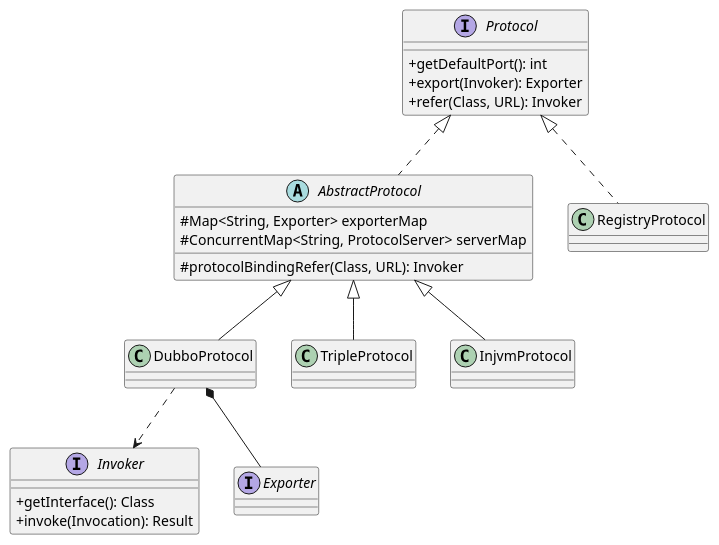
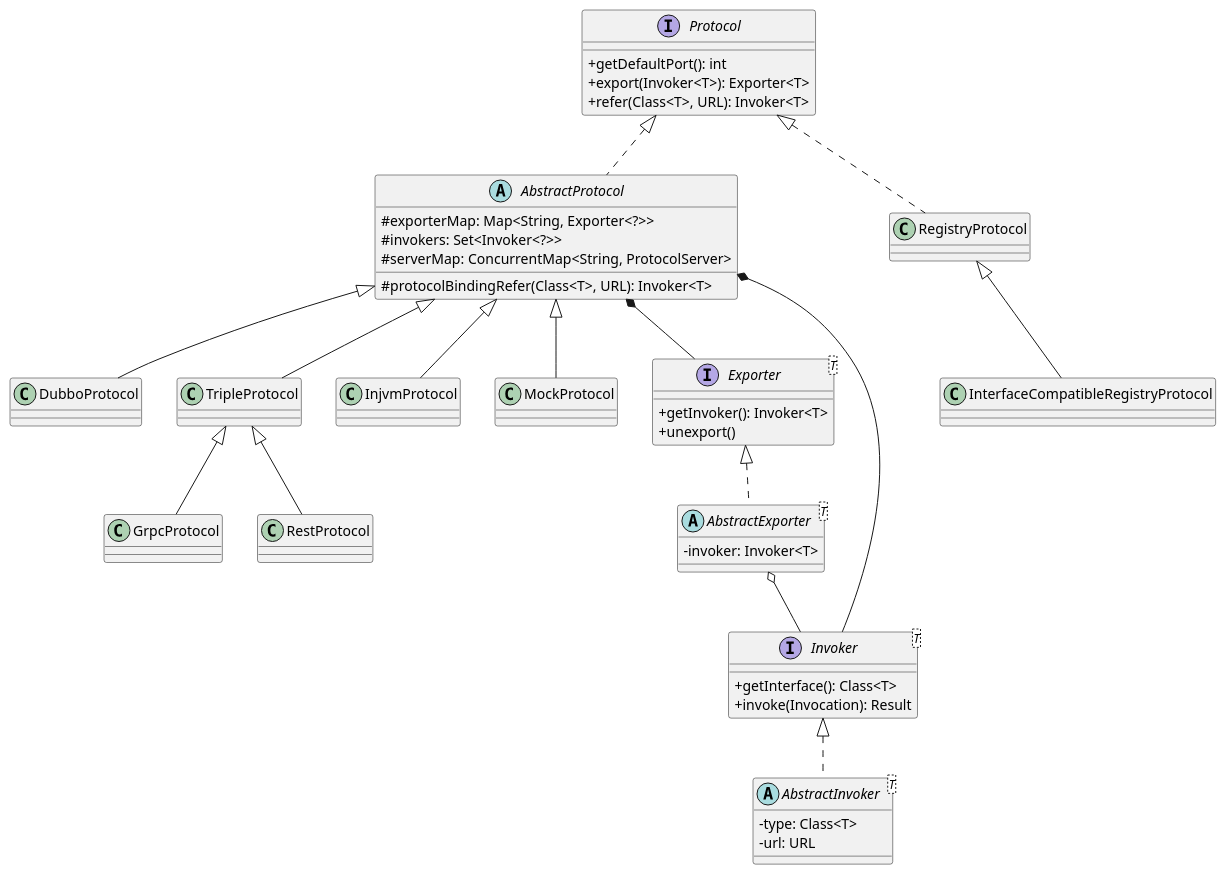
Before and after one commit to kevinwang930/kevinwang930.github.io: the second of 14 diagrams in content/post/network/dubbo/index.md, drawn with PlantUML. The commit also changed other lines of this file, not shown here.

````diff
--- a/content/post/network/dubbo/index.md
+++ b/content/post/network/dubbo/index.md
@@ -398,30 +496,47 @@
 ```plantuml
 @startuml
 top to bottom direction
 skinparam classAttributeIconSize 0
 
 interface Protocol {
   + getDefaultPort(): int
-  + export(Invoker): Exporter
-  + refer(Class, URL): Invoker
+  + export(Invoker<T>): Exporter<T>
+  + refer(Class<T>, URL): Invoker<T>
 }
 abstract class AbstractProtocol implements Protocol {
-  # Map<String, Exporter> exporterMap
-  # ConcurrentMap<String, ProtocolServer> serverMap
-  # protocolBindingRefer(Class, URL): Invoker
+  # exporterMap: Map<String, Exporter<?>>
+  # invokers: Set<Invoker<?>>
+  # serverMap: ConcurrentMap<String, ProtocolServer>
+  # protocolBindingRefer(Class<T>, URL): Invoker<T>
 }
 class DubboProtocol extends AbstractProtocol
 class TripleProtocol extends AbstractProtocol
+class GrpcProtocol extends TripleProtocol
+class RestProtocol extends TripleProtocol
 class InjvmProtocol extends AbstractProtocol
+class MockProtocol extends AbstractProtocol
 class RegistryProtocol implements Protocol
+class InterfaceCompatibleRegistryProtocol extends RegistryProtocol
 
-interface Invoker {
-  + getInterface(): Class
+interface Exporter<T> {
+  + getInvoker(): Invoker<T>
+  + unexport()
+}
+abstract class AbstractExporter<T> implements Exporter {
+  - invoker: Invoker<T>
+}
+
+interface Invoker<T> {
+  + getInterface(): Class<T>
   + invoke(Invocation): Result
 }
-interface Exporter
+abstract class AbstractInvoker<T> implements Invoker {
+  - type: Class<T>
+  - url: URL
+}
 
-DubboProtocol *-- Exporter
-DubboProtocol ..> Invoker
+AbstractProtocol *-- Exporter
+AbstractProtocol *-- Invoker
+AbstractExporter o-- Invoker
 @enduml
 ```
````
